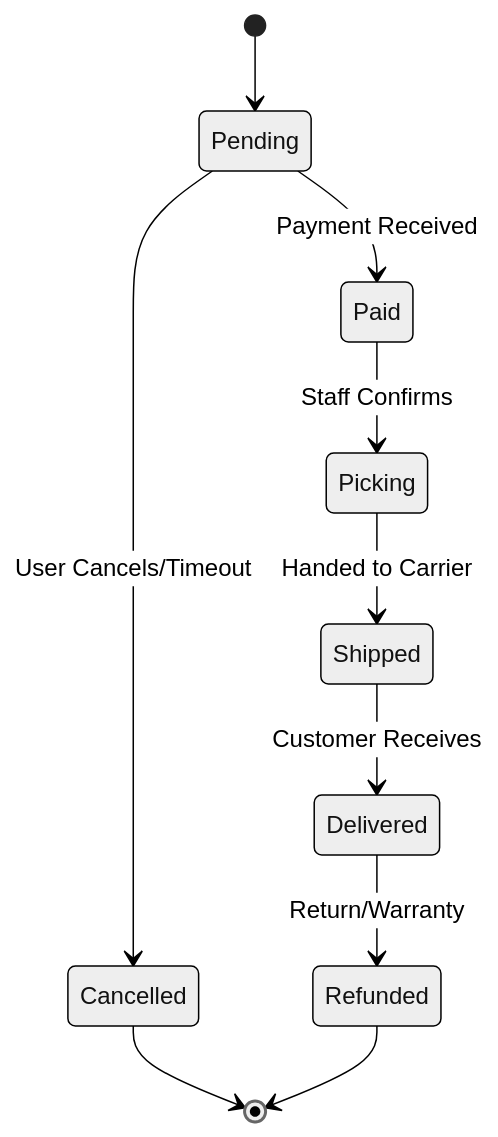
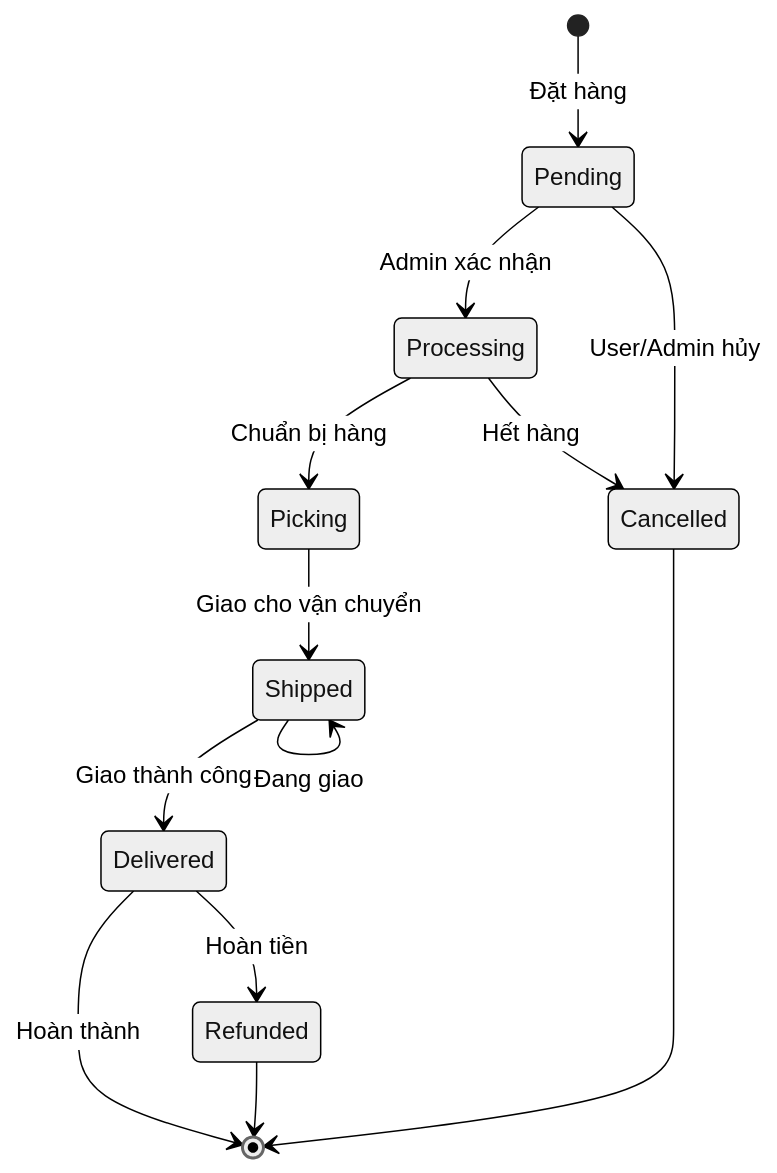
The eighth of 11 diagrams in docs/SYSTEM_DESIGN.md (duckonthemic/IS207_Final), drawn with Mermaid (neutral theme) before and after one commit. The commit also changed other lines of this file and 111 other files, not shown here.

````diff
--- a/docs/SYSTEM_DESIGN.md
+++ b/docs/SYSTEM_DESIGN.md
@@ -238,12 +629,21 @@
 ```mermaid
 stateDiagram-v2
-    [*] --> Pending
-    Pending --> Paid : Payment Received
-    Pending --> Cancelled : User Cancels/Timeout
-    Paid --> Picking : Staff Confirms
-    Picking --> Shipped : Handed to Carrier
-    Shipped --> Delivered : Customer Receives
-    Delivered --> Refunded : Return/Warranty
+    [*] --> Pending: Đặt hàng
+    
+    Pending --> Processing: Admin xác nhận
+    Pending --> Cancelled: User/Admin hủy
+    
+    Processing --> Picking: Chuẩn bị hàng
+    Processing --> Cancelled: Hết hàng
+    
+    Picking --> Shipped: Giao cho vận chuyển
+    
+    Shipped --> Delivered: Giao thành công
+    Shipped --> Shipped: Đang giao
+    
+    Delivered --> [*]: Hoàn thành
+    Delivered --> Refunded: Hoàn tiền
+    
     Cancelled --> [*]
     Refunded --> [*]
 ```
````
